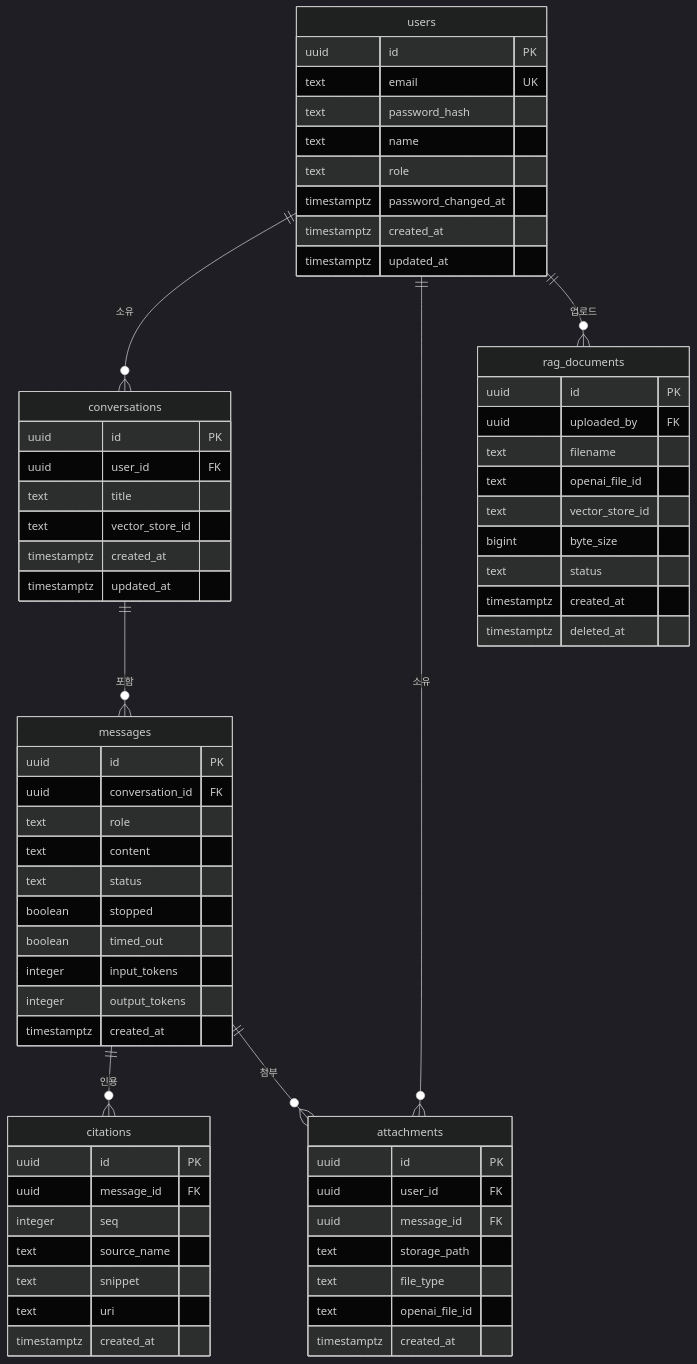
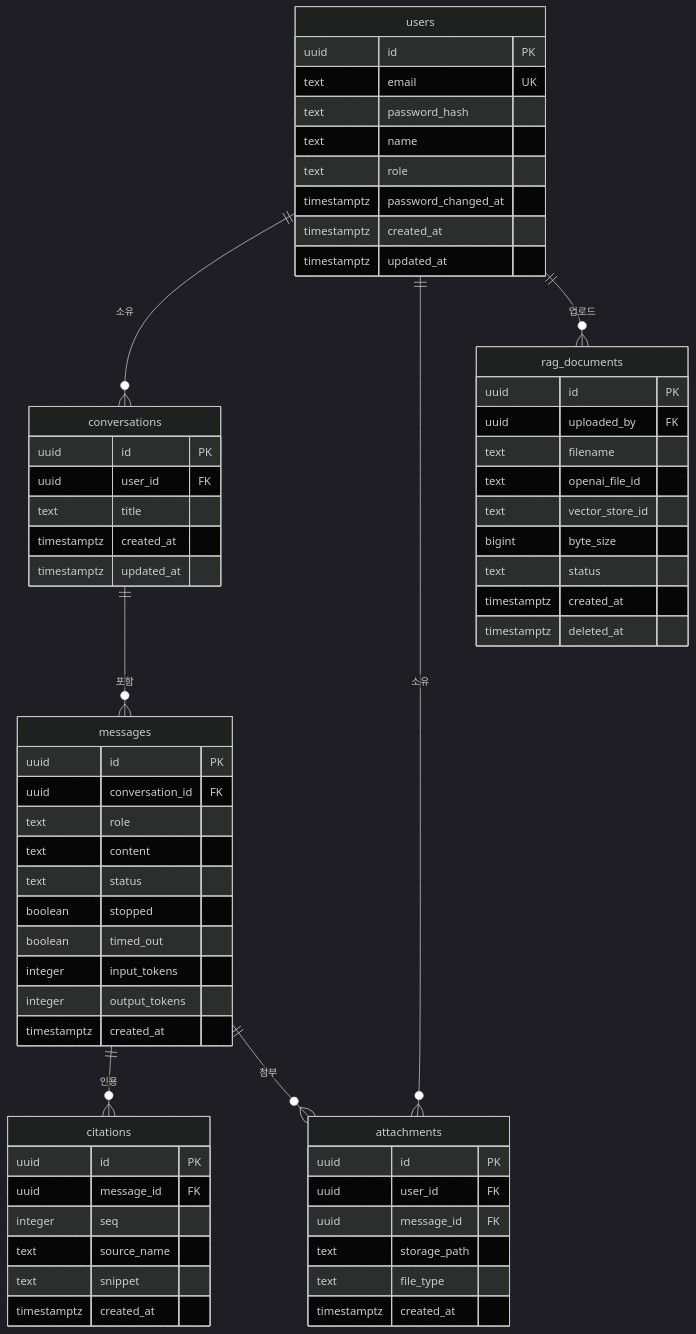
The diagram in docs/01_specs/erd.md (changs0124/rag-chatbot), drawn with Mermaid (dark theme) before and after one commit. The commit also changed other lines of this file and 21 other files, not shown here.

````diff
--- a/docs/01_specs/erd.md
+++ b/docs/01_specs/erd.md
@@ -22,74 +22,71 @@
 ```mermaid
 erDiagram
     users {
         uuid id PK
         text email UK
         text password_hash
         text name
         text role
         timestamptz password_changed_at
         timestamptz created_at
         timestamptz updated_at
     }
 
     conversations {
         uuid id PK
         uuid user_id FK
         text title
-        text vector_store_id
         timestamptz created_at
         timestamptz updated_at
     }
 
     messages {
         uuid id PK
         uuid conversation_id FK
         text role
         text content
         text status
         boolean stopped
         boolean timed_out
         integer input_tokens
         integer output_tokens
         timestamptz created_at
     }
 
     citations {
         uuid id PK
         uuid message_id FK
         integer seq
         text source_name
         text snippet
-        text uri
         timestamptz created_at
     }
 
     attachments {
         uuid id PK
         uuid user_id FK
         uuid message_id FK
         text storage_path
         text file_type
-        text openai_file_id
         timestamptz created_at
     }
 
     rag_documents {
         uuid id PK
         uuid uploaded_by FK
         text filename
         text openai_file_id
         text vector_store_id
         bigint byte_size
         text status
         timestamptz created_at
         timestamptz deleted_at
     }
 
     users ||--o{ conversations : "소유"
     users ||--o{ attachments : "소유"
     users ||--o{ rag_documents : "업로드"
     conversations ||--o{ messages : "포함"
     messages ||--o{ citations : "인용"
     messages ||--o{ attachments : "첨부"
 ```
````
